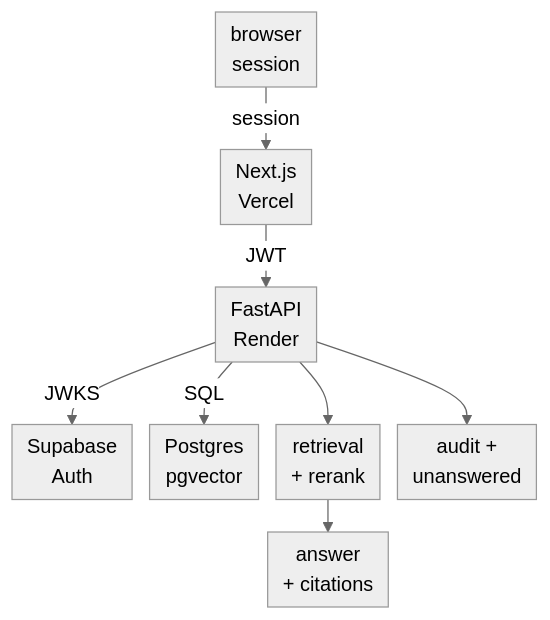
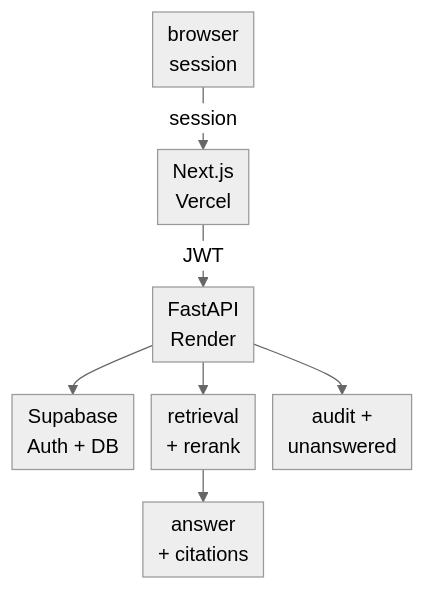
One commit to ibrahimSumon47/Enterprise-Knowledge-Copilot changed the diagram in README.md. Above: the diagram before and after it, drawn with Mermaid (neutral theme).

Commit message:
docs: shrink the README diagram one more step for phones
At a 390px viewport the previous map still rendered around 65%, which left
the labels small inside GitHub's mobile lightbox. Merging auth and the
database into one Supabase node drops the natural width from 430 to 334px,
so the diagram renders at about 90% there.

````diff
--- a/README.md
+++ b/README.md
@@ -99,10 +99,9 @@
 ```mermaid
 %%{init: {"flowchart": {"nodeSpacing": 14, "rankSpacing": 26, "padding": 6}}}%%
 flowchart TB
   U["browser<br/>session"] -->|session| W["Next.js<br/>Vercel"]
   W -->|JWT| A["FastAPI<br/>Render"]
-  A -->|JWKS| S["Supabase<br/>Auth"]
-  A -->|SQL| D["Postgres<br/>pgvector"]
+  A --> S["Supabase<br/>Auth + DB"]
   A --> R["retrieval<br/>+ rerank"] --> L["answer<br/>+ citations"]
   A --> M["audit +<br/>unanswered"]
 ```
````
